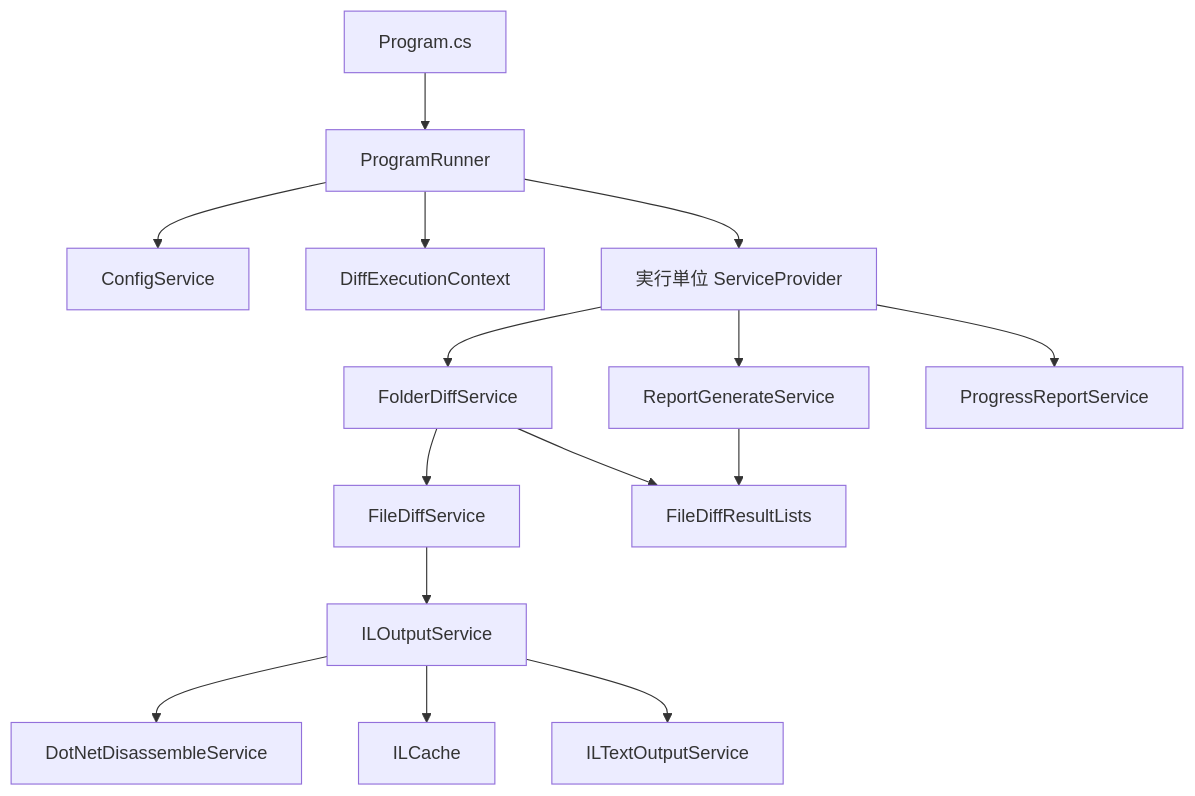
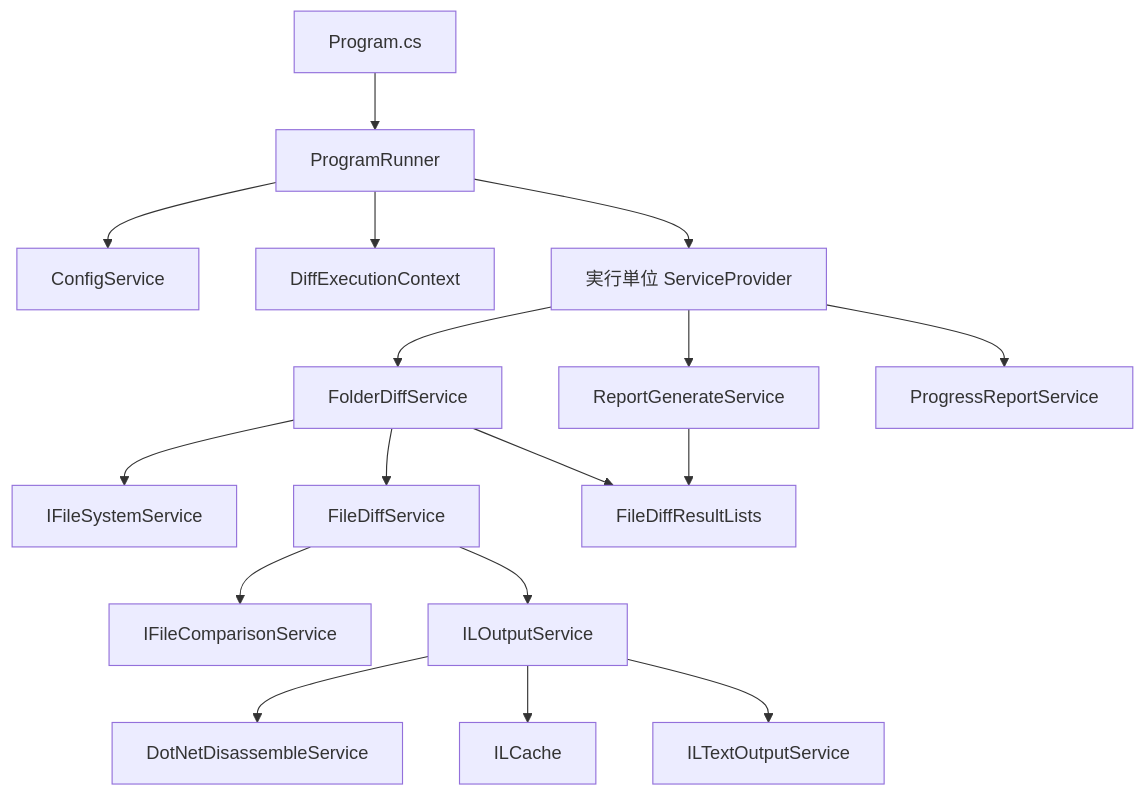
Before and after one commit to Widthdom/FolderDiffIL4DotNet: the sixth of 10 diagrams in doc/DEVELOPER_GUIDE.md, drawn with Mermaid. The commit also changed other lines of this file and 14 other files, not shown here.

````diff
--- a/doc/DEVELOPER_GUIDE.md
+++ b/doc/DEVELOPER_GUIDE.md
@@ -429,17 +437,19 @@
 ```mermaid
 flowchart TD
     A["Program.cs"] --> B["ProgramRunner"]
     B --> C["ConfigService"]
     B --> D["DiffExecutionContext"]
     B --> E["実行単位 ServiceProvider"]
     E --> F["FolderDiffService"]
     E --> G["ReportGenerateService"]
     E --> H["ProgressReportService"]
-    F --> I["FileDiffService"]
-    I --> J["ILOutputService"]
-    J --> K["DotNetDisassembleService"]
-    J --> L["ILCache"]
-    J --> M["ILTextOutputService"]
-    F --> N["FileDiffResultLists"]
-    G --> N
+    F --> I["IFileSystemService"]
+    F --> J["FileDiffService"]
+    J --> K["IFileComparisonService"]
+    J --> L["ILOutputService"]
+    L --> M["DotNetDisassembleService"]
+    L --> N["ILCache"]
+    L --> O["ILTextOutputService"]
+    F --> P["FileDiffResultLists"]
+    G --> P
 ```
````
